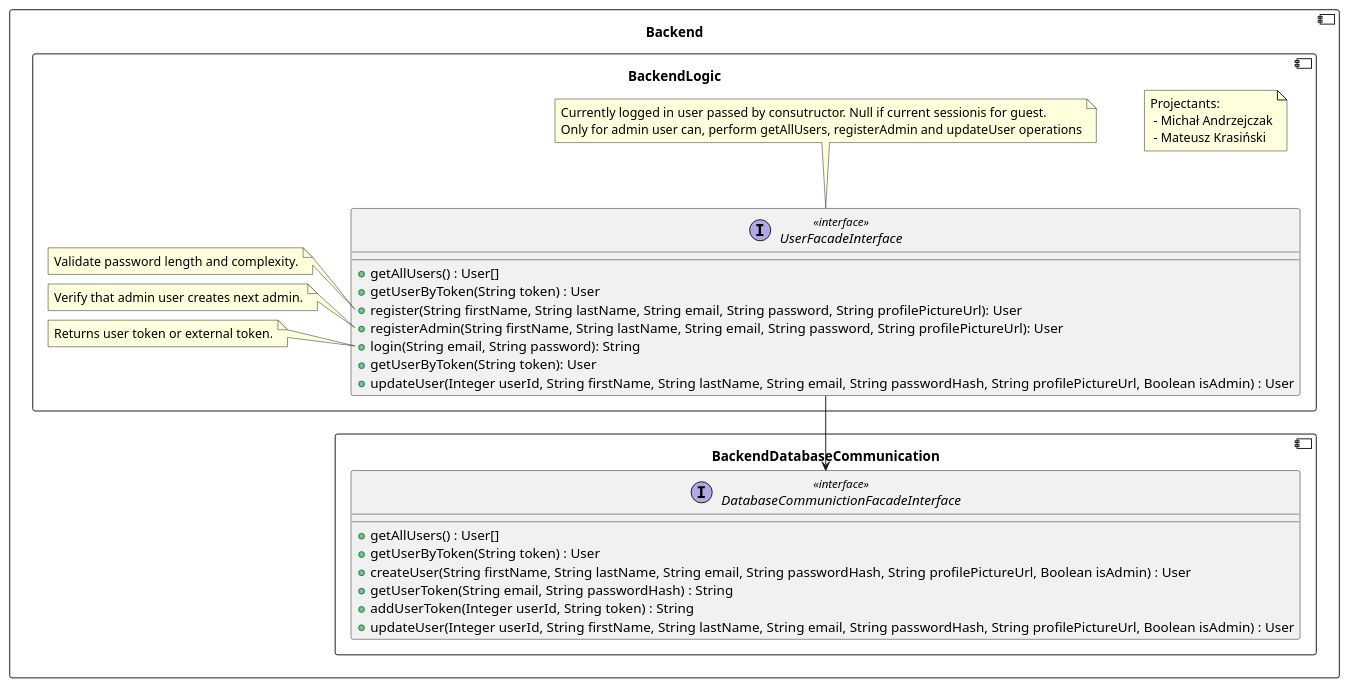
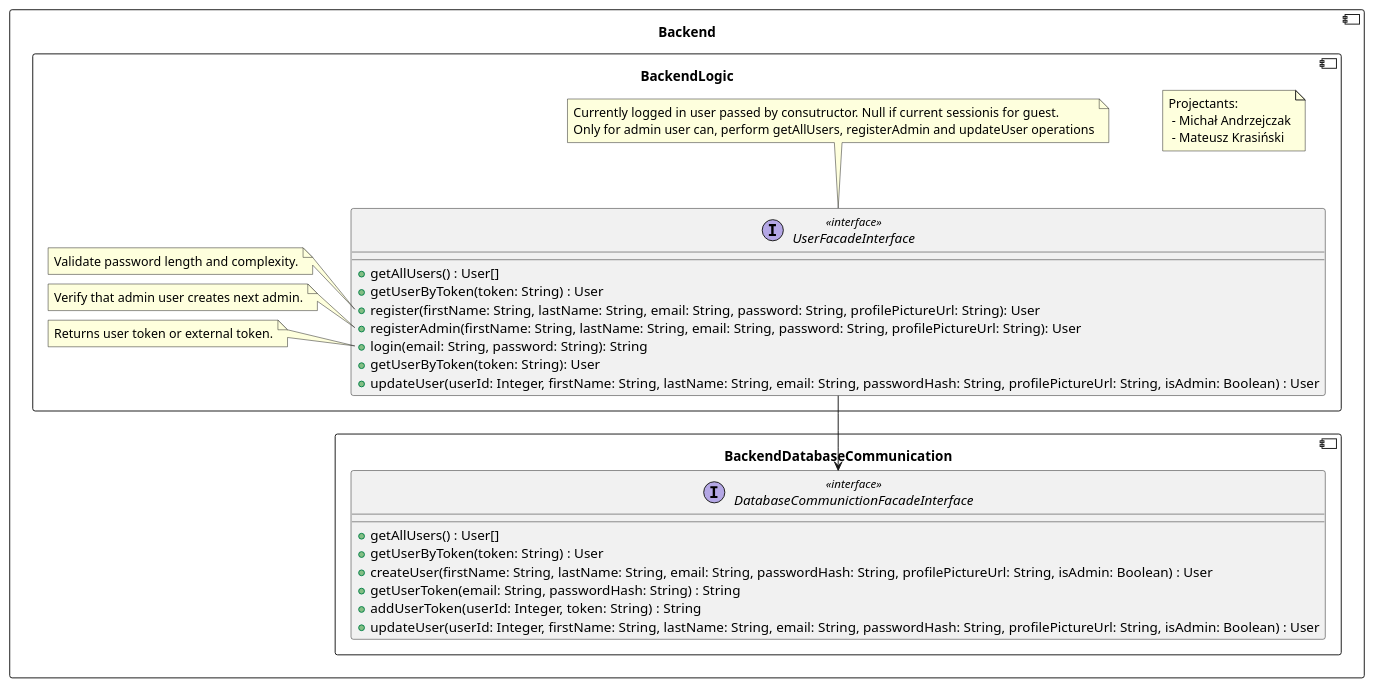
The second of 5 diagrams in backend/BackendLogic.md (RadekBucki/OpinionCollectorArchitecture), drawn with PlantUML before and after one commit. The commit also changed other lines of this file and 1 other file, not shown here.

````diff
--- a/backend/BackendLogic.md
+++ b/backend/BackendLogic.md
@@ -27,52 +27,52 @@
 ```plantuml
 @startuml
 component Backend {
     component BackendDatabaseCommunication {
         interface DatabaseCommunictionFacadeInterface <<interface>> {
             + getAllUsers() : User[]
-            + getUserByToken(String token) : User
-            + createUser(String firstName, String lastName, String email, String passwordHash, String profilePictureUrl, Boolean isAdmin) : User
-            + getUserToken(String email, String passwordHash) : String
-            + addUserToken(Integer userId, String token) : String
-            + updateUser(Integer userId, String firstName, String lastName, String email, String passwordHash, String profilePictureUrl, Boolean isAdmin) : User
+            + getUserByToken(token: String) : User
+            + createUser(firstName: String, lastName: String, email: String, passwordHash: String, profilePictureUrl: String, isAdmin: Boolean) : User
+            + getUserToken(email: String, passwordHash: String) : String
+            + addUserToken(userId: Integer, token: String) : String
+            + updateUser(userId: Integer, firstName: String, lastName: String, email: String, passwordHash: String, profilePictureUrl: String, isAdmin: Boolean) : User
         }
     }
     component BackendLogic {
         note as Authors
             Projectants: 
              - Michał Andrzejczak
              - Mateusz Krasiński
         endnote
         
         UserFacadeInterface --> DatabaseCommunictionFacadeInterface
         
         interface UserFacadeInterface <<interface>> {
             + getAllUsers() : User[]
-            + getUserByToken(String token) : User
-            + register(String firstName, String lastName, String email, String password, String profilePictureUrl): User
-            + registerAdmin(String firstName, String lastName, String email, String password, String profilePictureUrl): User
-            + login(String email, String password): String
-            + getUserByToken(String token): User
-            + updateUser(Integer userId, String firstName, String lastName, String email, String passwordHash, String profilePictureUrl, Boolean isAdmin) : User
+            + getUserByToken(token: String) : User
+            + register(firstName: String, lastName: String, email: String, password: String, profilePictureUrl: String): User
+            + registerAdmin(firstName: String, lastName: String, email: String, password: String, profilePictureUrl: String): User
+            + login(email: String, password: String): String
+            + getUserByToken(token: String): User
+            + updateUser(userId: Integer, firstName: String, lastName: String, email: String, passwordHash: String, profilePictureUrl: String, isAdmin: Boolean) : User
         }
     
         note top of UserFacadeInterface
             Currently logged in user passed by consutructor. Null if current sessionis for guest.
             Only for admin user can, perform getAllUsers, registerAdmin and updateUser operations
         endnote
     
         note left of UserFacadeInterface::register
             Validate password length and complexity.
         endnote
     
         note left of UserFacadeInterface::registerAdmin
             Verify that admin user creates next admin.
         endnote
     
         note left of UserFacadeInterface::login
             Returns user token or external token.
         endnote
     }
 }
 @enduml 
 ```
````
